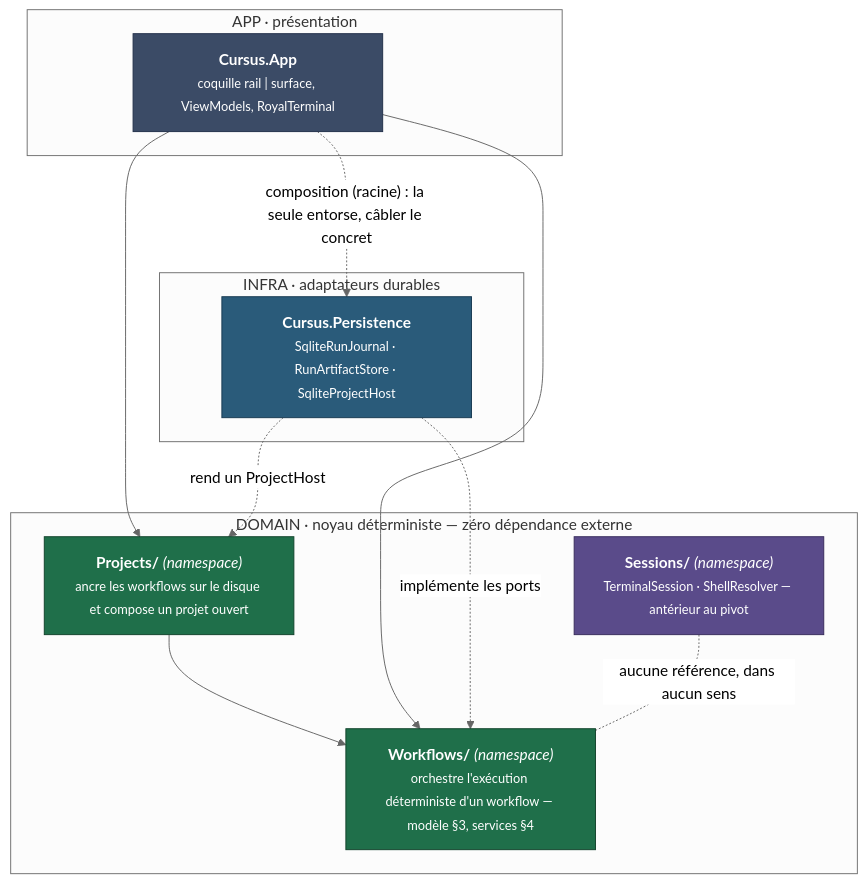
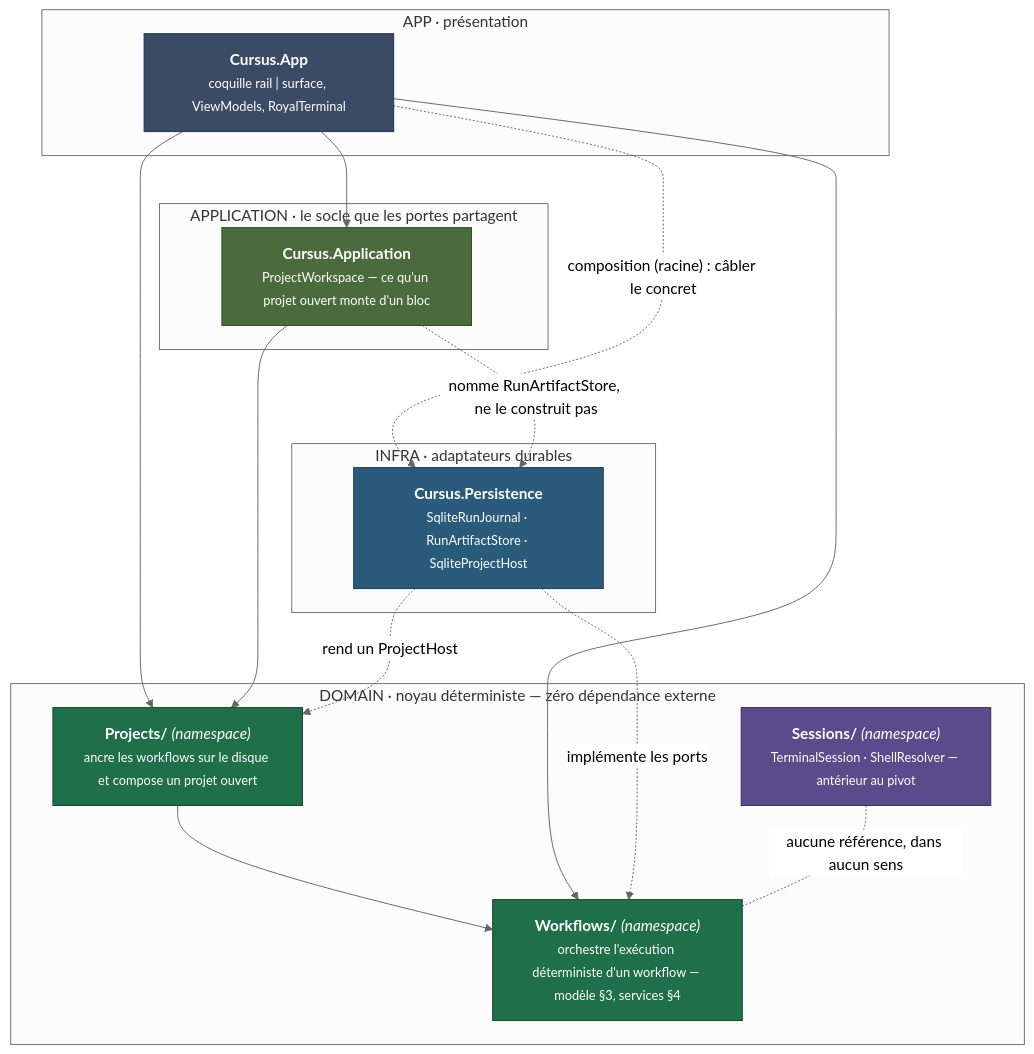
One commit to Apemb/Cursus changed the second of 10 diagrams in docs/design/schemas.md. Above: the diagram before and after it, drawn with Mermaid (neutral theme). The commit also changed other lines of this file and 2 other files, not shown here.

First line of the commit message:
docs(socle): le quatrième projet de composition passe d'écarté à retenu (D-074)

````diff
--- a/docs/design/schemas.md
+++ b/docs/design/schemas.md
@@ -101,31 +101,39 @@
 ```mermaid
 flowchart TB
   subgraph APP["APP · présentation"]
     App["<b>Cursus.App</b><br/><small>coquille rail | surface, ViewModels, RoyalTerminal</small>"]
+  end
+  subgraph APPLI["APPLICATION · le socle que les portes partagent"]
+    Appli["<b>Cursus.Application</b><br/><small>ProjectWorkspace — ce qu'un projet ouvert monte d'un bloc</small>"]
   end
   subgraph DOMAIN["DOMAIN · noyau déterministe — zéro dépendance externe"]
     Workflows["<b>Workflows/</b> <i>(namespace)</i><br/><small>orchestre l'exécution déterministe d'un workflow — modèle §3, services §4</small>"]
     Projects["<b>Projects/</b> <i>(namespace)</i><br/><small>ancre les workflows sur le disque et compose un projet ouvert</small>"]
     Sessions["<b>Sessions/</b> <i>(namespace)</i><br/><small>TerminalSession · ShellResolver — antérieur au pivot</small>"]
     Projects --> Workflows
   end
   subgraph INFRA["INFRA · adaptateurs durables"]
     Persist["<b>Cursus.Persistence</b><br/><small>SqliteRunJournal · RunArtifactStore · SqliteProjectHost</small>"]
   end
 
   App --> Projects
   App --> Workflows
-  App -. "composition (racine) : la seule entorse, câbler le concret" .-> Persist
+  App --> Appli
+  App -. "composition (racine) : câbler le concret" .-> Persist
+  Appli --> Projects
+  Appli -. "nomme RunArtifactStore, ne le construit pas" .-> Persist
   Persist -. "implémente les ports" .-> Workflows
   Persist -. "rend un ProjectHost" .-> Projects
   Sessions -. "aucune référence, dans aucun sens" .- Workflows
 
   classDef pres fill:#3b4b66,color:#fff,stroke:#22304a;
+  classDef appl fill:#4a6b3b,color:#fff,stroke:#2e4a22;
   classDef dom fill:#1f6f4a,color:#fff,stroke:#12432c;
   classDef inf fill:#2a5b7a,color:#fff,stroke:#173a52;
   classDef disc fill:#5a4b8a,color:#fff,stroke:#382c5c;
   class App pres;
+  class Appli appl;
   class Workflows,Projects dom;
   class Sessions disc;
   class Persist inf;
 ```
````
